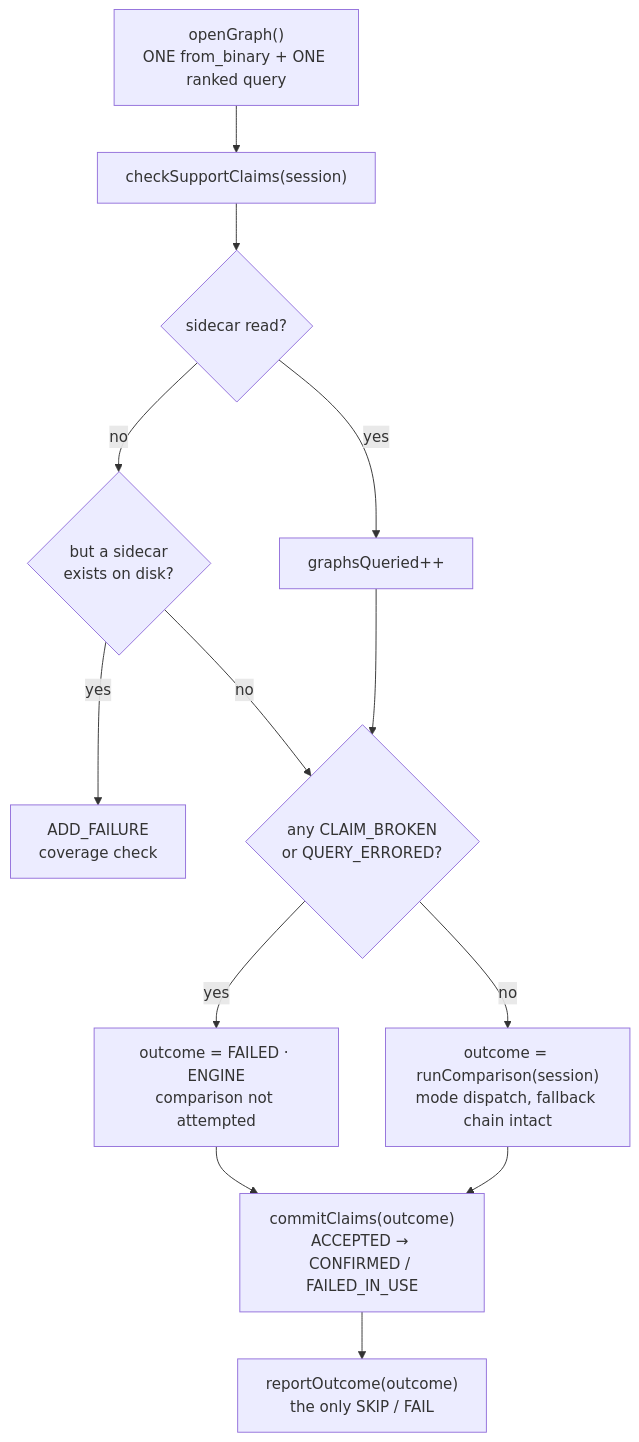
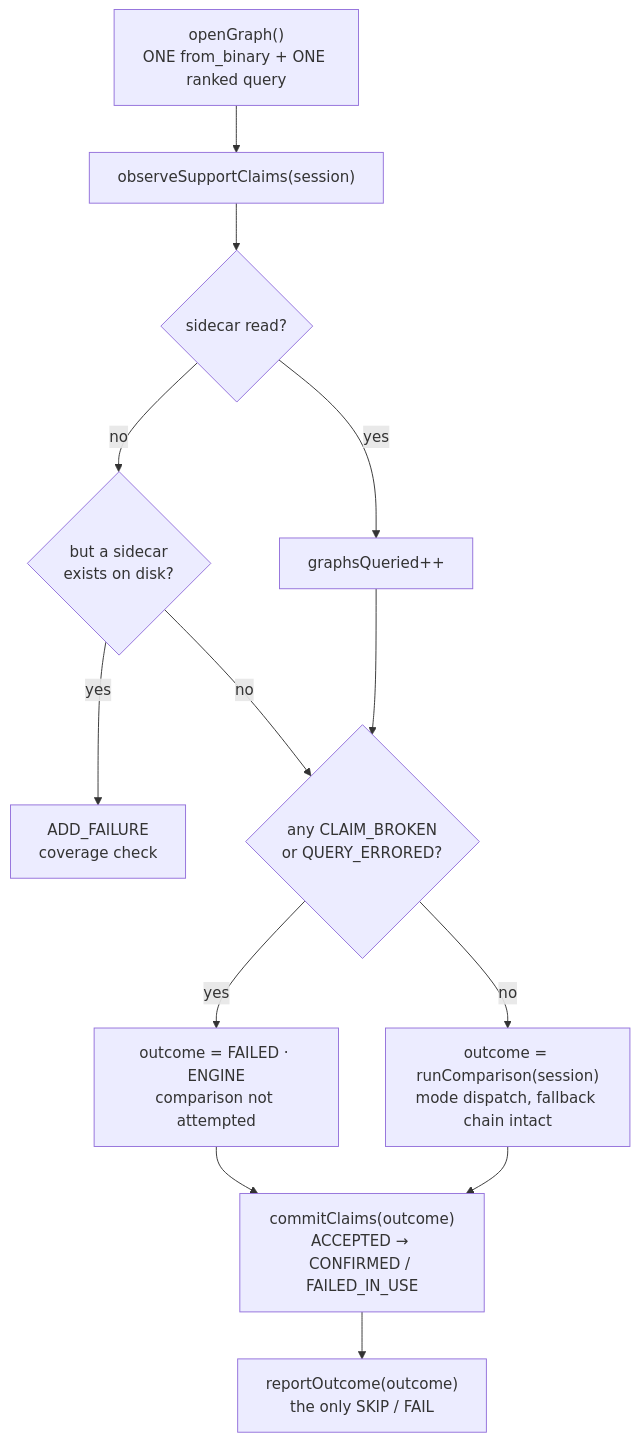
One commit to ROCm/rocm-libraries changed the diagram in dnn-providers/integration-tests/docs/support-claim-enforcement.md. Above: the diagram before and after it, drawn with Mermaid. The commit also changed other lines of this file and 6 other files, not shown here.

````diff
--- a/dnn-providers/integration-tests/docs/support-claim-enforcement.md
+++ b/dnn-providers/integration-tests/docs/support-claim-enforcement.md
@@ -118,15 +118,15 @@
 ```mermaid
 graph TD
-  Z["openGraph()<br/>ONE from_binary + ONE ranked query"] --> A["checkSupportClaims(session)"]
+  Z["openGraph()<br/>ONE from_binary + ONE ranked query"] --> A["observeSupportClaims(session)"]
   A --> B{"sidecar read?"}
   B -->|yes| C["graphsQueried++"]
   B -->|no| D{"but a sidecar<br/>exists on disk?"}
   D -->|yes| E["ADD_FAILURE<br/>coverage check"]
   D -->|no| F
   C --> F{"any CLAIM_BROKEN<br/>or QUERY_ERRORED?"}
   F -->|yes| G["outcome = FAILED · ENGINE<br/>comparison not attempted"]
   F -->|no| H["outcome = runComparison(session)<br/>mode dispatch, fallback chain intact"]
   G --> I["commitClaims(outcome)<br/>ACCEPTED → CONFIRMED / FAILED_IN_USE"]
   H --> I
   I --> J["reportOutcome(outcome)<br/>the only SKIP / FAIL"]
 ```
````
